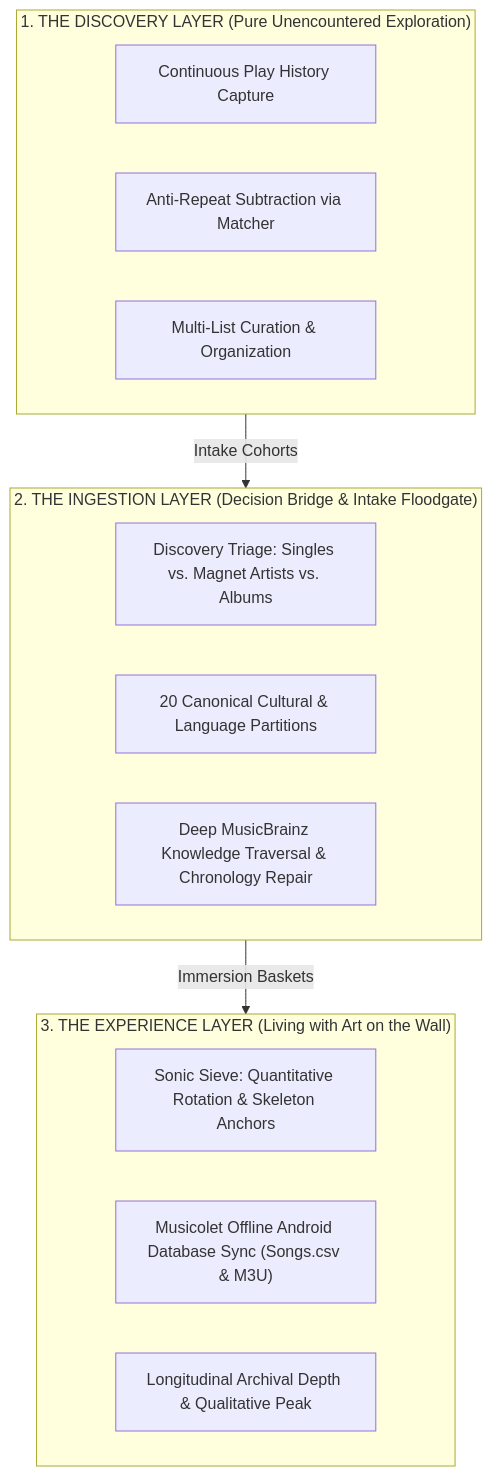
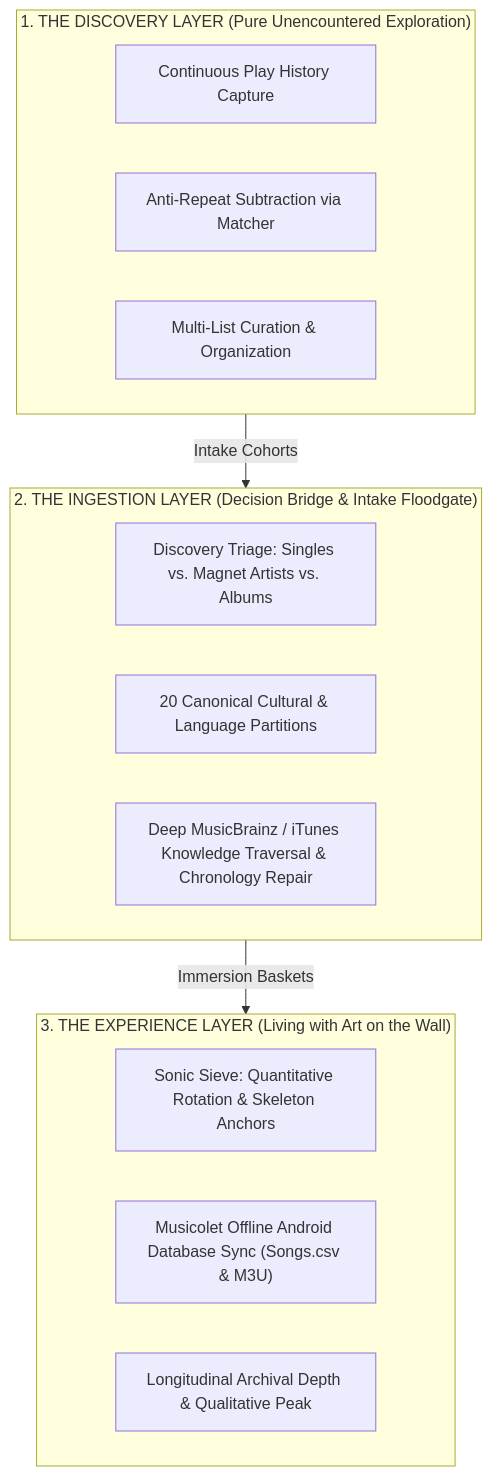
One commit to joejamal029/Playlist-Haven changed the second of 3 diagrams in docs/PLAYLIST_HAVEN_SYSTEM_BRIEF.md. Above: the diagram before and after it, drawn with Mermaid. The commit also changed other lines of this file and 21 other files, not shown here.

````diff
--- a/docs/PLAYLIST_HAVEN_SYSTEM_BRIEF.md
+++ b/docs/PLAYLIST_HAVEN_SYSTEM_BRIEF.md
@@ -43,23 +43,23 @@
 ```mermaid
 graph TD
     subgraph L1["1. THE DISCOVERY LAYER (Pure Unencountered Exploration)"]
         D1["Continuous Play History Capture"]
         D2["Anti-Repeat Subtraction via Matcher"]
         D3["Multi-List Curation & Organization"]
     end
 
     subgraph L2["2. THE INGESTION LAYER (Decision Bridge & Intake Floodgate)"]
         I1["Discovery Triage: Singles vs. Magnet Artists vs. Albums"]
         I2["20 Canonical Cultural & Language Partitions"]
-        I3["Deep MusicBrainz Knowledge Traversal & Chronology Repair"]
+        I3["Deep MusicBrainz / iTunes Knowledge Traversal & Chronology Repair"]
     end
 
     subgraph L3["3. THE EXPERIENCE LAYER (Living with Art on the Wall)"]
         E1["Sonic Sieve: Quantitative Rotation & Skeleton Anchors"]
         E2["Musicolet Offline Android Database Sync (Songs.csv & M3U)"]
         E3["Longitudinal Archival Depth & Qualitative Peak"]
     end
 
     L1 -->|"Intake Cohorts"| L2
     L2 -->|"Immersion Baskets"| L3
 ```
````
